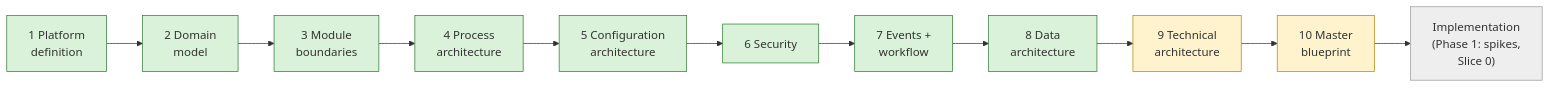
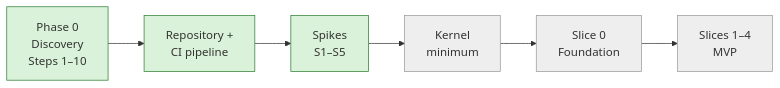
Before and after one commit to adityayadav30561-rgb/MASTER-ERP: the diagram in docs/00-context/CURRENT-STATE.md, drawn with Mermaid. The commit also changed other lines of this file and 22 other files, not shown here.

````diff
--- a/docs/00-context/CURRENT-STATE.md
+++ b/docs/00-context/CURRENT-STATE.md
@@ -11,9 +11,6 @@
 ```mermaid
 flowchart LR
-    S1["1 Platform<br/>definition"]:::done --> S2["2 Domain<br/>model"]:::done --> S3["3 Module<br/>boundaries"]:::done --> S4["4 Process<br/>architecture"]:::done --> S5["5 Configuration<br/>architecture"]:::done
-    S5 --> S6["6 Security"]:::done --> S7["7 Events +<br/>workflow"]:::done --> S8["8 Data<br/>architecture"]:::done --> S9["9 Technical<br/>architecture"]:::review --> S10["10 Master<br/>blueprint"]:::review
-    S10 --> IMP["Implementation<br/>(Phase 1: spikes,<br/>Slice 0)"]:::todo
+    P0["Phase 0<br/>Discovery<br/>Steps 1–10"]:::done --> R["Repository +<br/>CI pipeline"]:::done --> SP["Spikes<br/>S1–S5"]:::done --> KM["Kernel<br/>minimum"]:::todo --> S0["Slice 0<br/>Foundation"]:::todo --> S1["Slices 1–4<br/>MVP"]:::todo
     classDef done fill:#d9f2d9,stroke:#2e7d32
-    classDef review fill:#fff3cd,stroke:#b8860b
     classDef todo fill:#eeeeee,stroke:#999999
 ```
````
